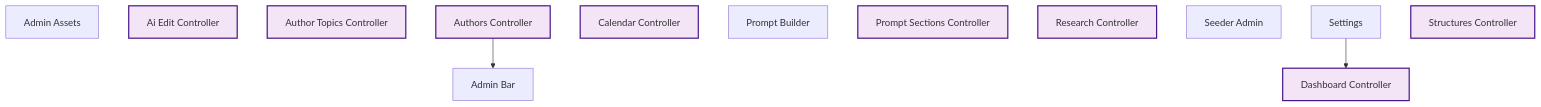
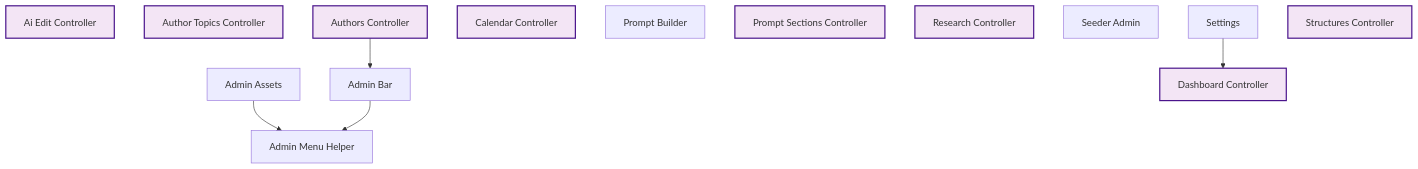
One commit to rpnunez/wp-ai-scheduler changed the sixth of 10 diagrams in docs/feature-report.md. Above: the diagram before and after it, drawn with Mermaid. The commit also changed other lines of this file, not shown here.

````diff
--- a/docs/feature-report.md
+++ b/docs/feature-report.md
@@ -272,26 +279,29 @@
 ```mermaid
 flowchart TD
     %% User Interface Architecture
 
     Admin_Assets["Admin Assets"]
     Admin_Bar["Admin Bar"]
+    Admin_Menu_Helper["Admin Menu Helper"]
     AI_Edit_Controller["Ai Edit Controller"]
     Author_Topics_Controller["Author Topics Controller"]
     Authors_Controller["Authors Controller"]
     Calendar_Controller["Calendar Controller"]
     Dashboard_Controller["Dashboard Controller"]
     Prompt_Builder["Prompt Builder"]
     Prompt_Sections_Controller["Prompt Sections Controller"]
     Research_Controller["Research Controller"]
     Seeder_Admin["Seeder Admin"]
     Settings["Settings"]
     Structures_Controller["Structures Controller"]
 
+    Admin_Assets --> Admin_Menu_Helper
+    Admin_Bar --> Admin_Menu_Helper
     Authors_Controller --> Admin_Bar
     Settings --> Dashboard_Controller
 
     classDef repository fill:#e1f5ff,stroke:#01579b,stroke-width:2px
     classDef service fill:#fff3e0,stroke:#e65100,stroke-width:2px
     classDef controller fill:#f3e5f5,stroke:#4a148c,stroke-width:2px
     class AI_Edit_Controller,Author_Topics_Controller,Authors_Controller,Calendar_Controller,Dashboard_Controller,Prompt_Sections_Controller,Research_Controller,Structures_Controller controller
 ```
````
